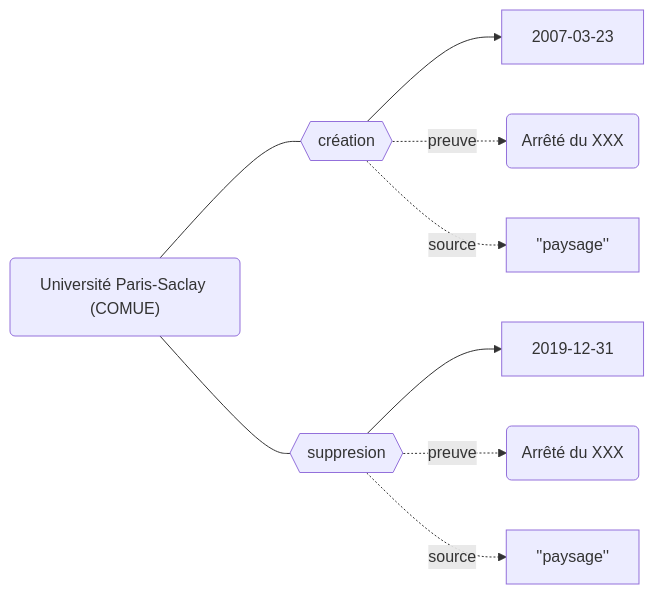
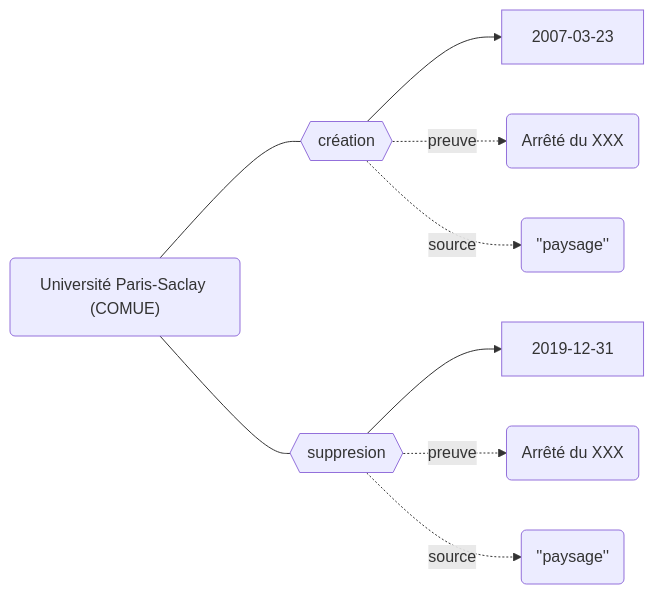
Before and after one commit to abes-esr/movies-doc: the third of 3 diagrams in docs/Modélisation Movies/Existence des établissements.md, drawn with Mermaid. The commit also changed other lines of this file and 11 other files, not shown here.

````diff
--- a/docs/Modélisation Movies/Existence des établissements.md
+++ b/docs/Modélisation Movies/Existence des établissements.md
@@ -40,14 +40,14 @@
 ```mermaid
 graph LR
     PS("Université Paris-Saclay (COMUE)")
     CREA{{création}}
     SUPPR{{suppresion}}
 
     PS --- CREA --> 2007-03-23
     CREA -.-> |preuve| PreuveCrea(Arrêté du XXX)
-    CREA -.-> |source| SourceCrea[''paysage'']
+    CREA -.-> |source| SourceCrea(''paysage'')
     
     PS--- SUPPR --> 2019-12-31
     SUPPR -.-> |preuve| PreuveSuppr(Arrêté du XXX)
-    SUPPR -.-> |source| SourceSuppr[''paysage'']
+    SUPPR -.-> |source| SourceSuppr(''paysage'')
 ```
````
